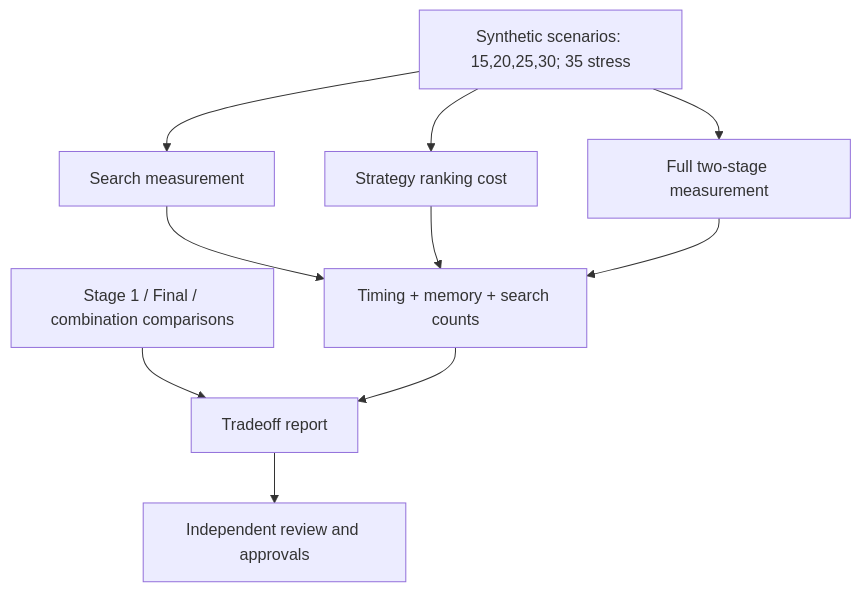
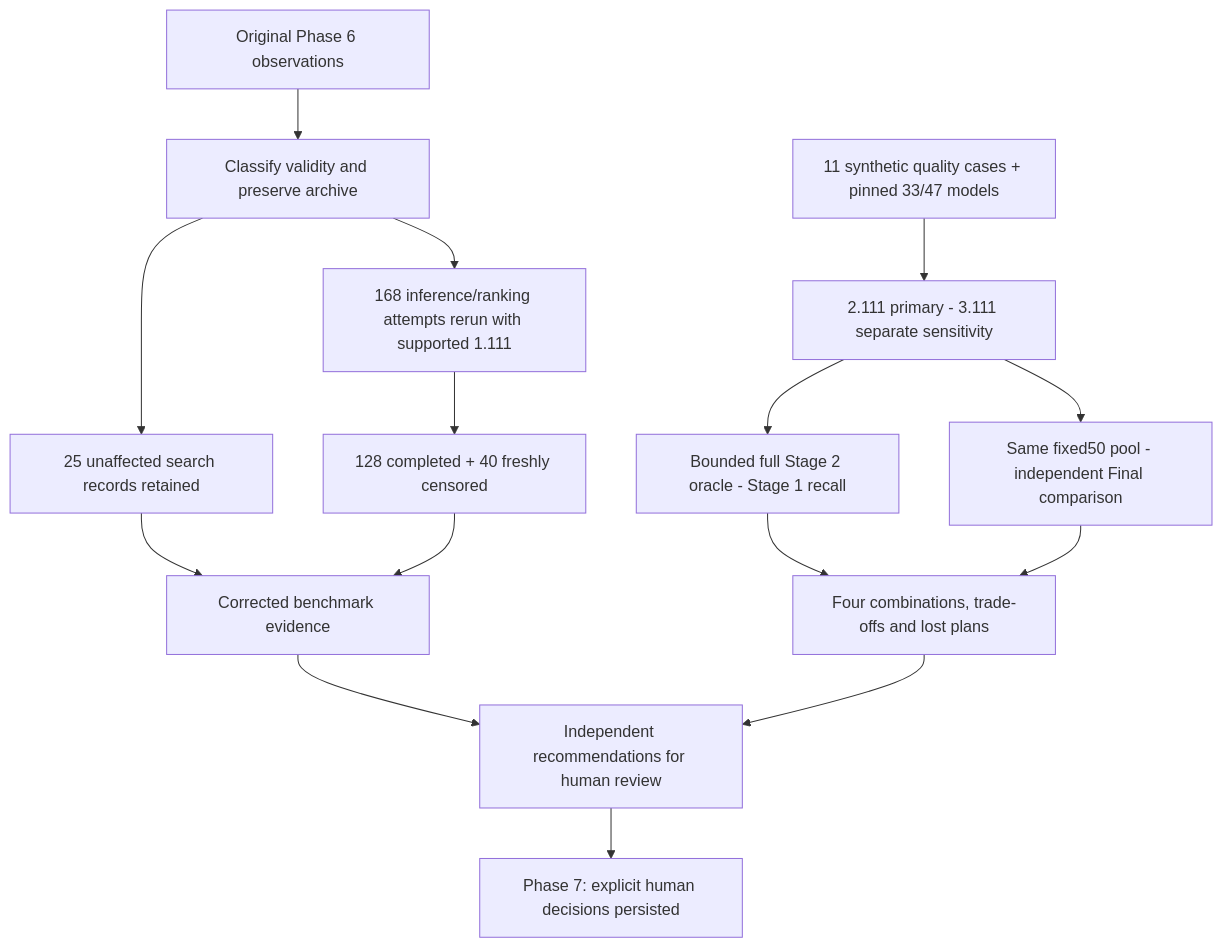
Before and after one commit to ShrkoXIII/Academic_Advisor_Simple: the diagram in plan_explanation/PHASE_06_BENCHMARK_STRATEGY_APPROVAL.md, drawn with Mermaid. The commit also changed other lines of this file and 137 other files, not shown here.

````diff
--- a/plan_explanation/PHASE_06_BENCHMARK_STRATEGY_APPROVAL.md
+++ b/plan_explanation/PHASE_06_BENCHMARK_STRATEGY_APPROVAL.md
@@ -62,11 +50,17 @@
 ```mermaid
 flowchart TD
-    A["Synthetic scenarios: 15,20,25,30; 35 stress"] --> B["Search measurement"]
-    A --> C["Strategy ranking cost"]
-    A --> D["Full two-stage measurement"]
-    B --> E["Timing + memory + search counts"]
-    C --> E
-    D --> E
-    P["Stage 1 / Final / combination comparisons"] --> F["Tradeoff report"]
-    E --> F --> G["Independent review and approvals"]
+    OLD["Original Phase 6 observations"] --> CLASS["Classify validity and preserve archive"]
+    CLASS --> KEEP["25 unaffected search records retained"]
+    CLASS --> RERUN["168 inference/ranking attempts rerun with supported 1.111"]
+    RERUN --> TIMES["128 completed + 40 freshly censored"]
+    KEEP --> REPORT["Corrected benchmark evidence"]
+    TIMES --> REPORT
+    FIX["11 synthetic quality cases + pinned 33/47 models"] --> Q["2.111 primary - 3.111 separate sensitivity"]
+    Q --> ORACLE["Bounded full Stage 2 oracle - Stage 1 recall"]
+    Q --> FINAL["Same fixed50 pool - independent Final comparison"]
+    ORACLE --> TRADE["Four combinations, trade-offs and lost plans"]
+    FINAL --> TRADE
+    REPORT --> REC["Independent recommendations for human review"]
+    TRADE --> REC
+    REC --> NEXT["Phase 7: explicit human decisions persisted"]
 ```
````
